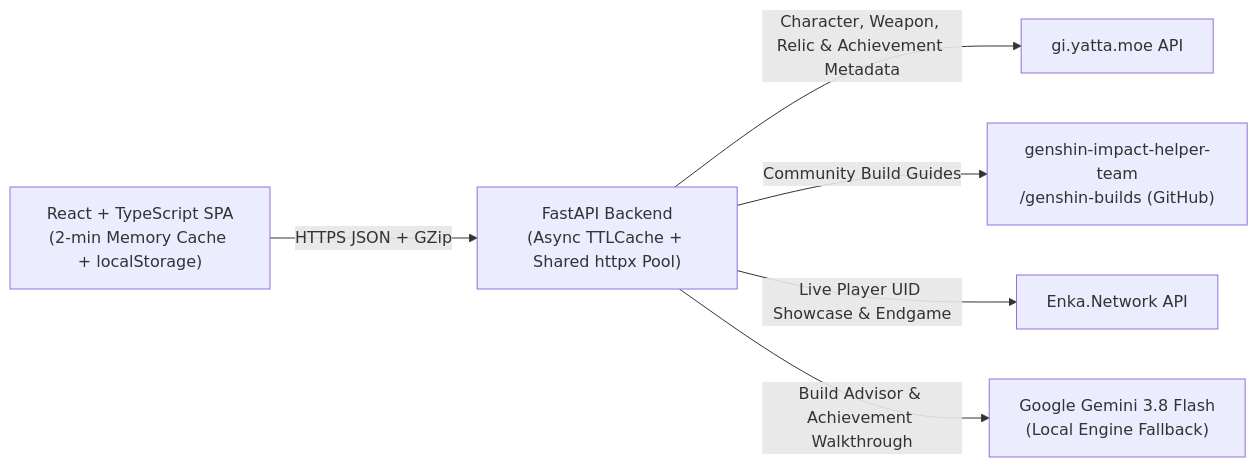
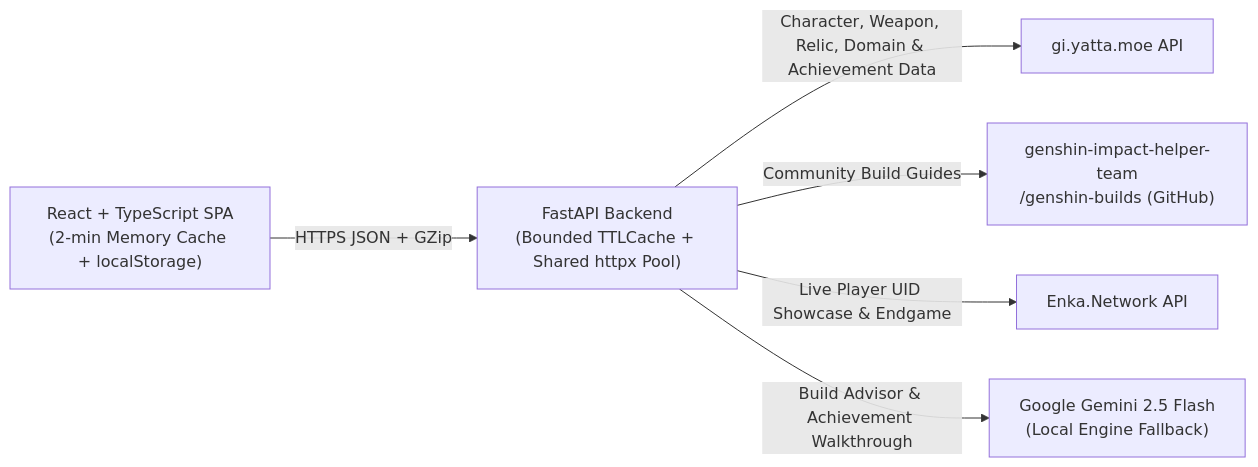
Before and after one commit to mochnahrul/Irminix: the diagram in docs/HIGH_LEVEL_ARCHITECTURE.md, drawn with Mermaid. The commit also changed other lines of this file and 38 other files, not shown here.

````diff
--- a/docs/HIGH_LEVEL_ARCHITECTURE.md
+++ b/docs/HIGH_LEVEL_ARCHITECTURE.md
@@ -7,8 +7,8 @@
 ```mermaid
 flowchart LR
-    Browser["React + TypeScript SPA\n(2-min Memory Cache + localStorage)"] -->|HTTPS JSON + GZip| API["FastAPI Backend\n(Async TTLCache + Shared httpx Pool)"]
-    API -->|Character, Weapon, Relic & Achievement Metadata| Yatta["gi.yatta.moe API"]
+    Browser["React + TypeScript SPA\n(2-min Memory Cache + localStorage)"] -->|HTTPS JSON + GZip| API["FastAPI Backend\n(Bounded TTLCache + Shared httpx Pool)"]
+    API -->|Character, Weapon, Relic, Domain & Achievement Data| Yatta["gi.yatta.moe API"]
     API -->|Community Build Guides| Helper["genshin-impact-helper-team\n/genshin-builds (GitHub)"]
     API -->|Live Player UID Showcase & Endgame| Enka["Enka.Network API"]
-    API -->|Build Advisor & Achievement Walkthrough| Gemini["Google Gemini 3.8 Flash\n(Local Engine Fallback)"]
+    API -->|Build Advisor & Achievement Walkthrough| Gemini["Google Gemini 2.5 Flash\n(Local Engine Fallback)"]
 ```
````
